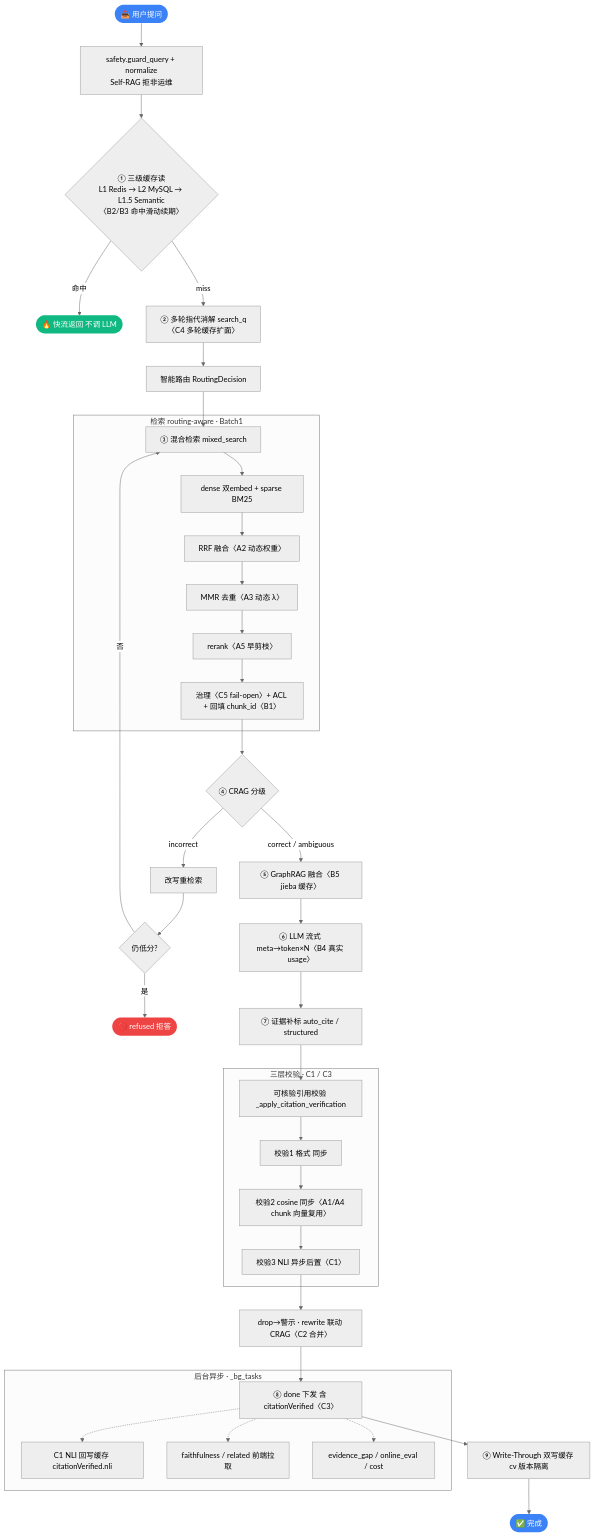
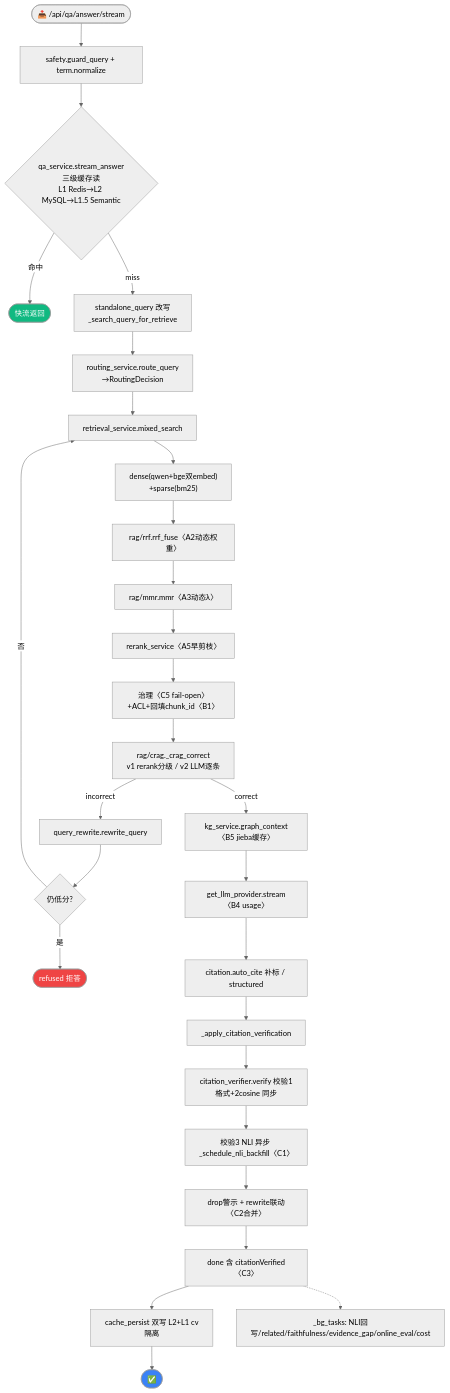
One commit to zhyese/grid-qa changed the second of 2 diagrams in docs/系统架构.md. Above: the diagram before and after it, drawn with Mermaid (neutral theme). The commit also changed other lines of this file, not shown here.

First line of the commit message:
docs(arch): 细化到代码级(24表/14routers/17视图/100+开关/全能力模块)

````diff
--- a/docs/系统架构.md
+++ b/docs/系统架构.md
@@ -188,50 +234,33 @@
 ```mermaid
 flowchart TD
-    A([📥 用户提问]):::start --> B["safety.guard_query + normalize<br/>Self-RAG 拒非运维"]
-    B --> C{"① 三级缓存读<br/>L1 Redis → L2 MySQL → L1.5 Semantic<br/>〈B2/B3 命中滑动续期〉"}
-    C -->|命中| Z1(["🔥 快流返回 不调 LLM"]):::hit
-    C -->|miss| D["② 多轮指代消解 search_q<br/>〈C4 多轮缓存扩面〉"]
-    D --> E["智能路由 RoutingDecision"]
-    E --> F["③ 混合检索 mixed_search"]
-
-    subgraph RET ["检索 routing-aware · Batch1"]
-        F --> F1["dense 双embed + sparse BM25"]
-        F1 --> F2["RRF 融合〈A2 动态权重〉"]
-        F2 --> F3["MMR 去重〈A3 动态 λ〉"]
-        F3 --> F4["rerank〈A5 早剪枝〉"]
-        F4 --> F5["治理〈C5 fail-open〉+ ACL + 回填 chunk_id〈B1〉"]
-    end
-
-    F5 --> G{"④ CRAG 分级"}
-    G -->|incorrect| G1["改写重检索"]
+    A([📥 /api/qa/answer/stream]) --> B["safety.guard_query + term.normalize"]
+    B --> C{"qa_service.stream_answer<br/>三级缓存读<br/>L1 Redis→L2 MySQL→L1.5 Semantic"}
+    C -->|命中| Z1(["快流返回"]):::hit
+    C -->|miss| D["standalone_query 改写<br/>_search_query_for_retrieve"]
+    D --> E["routing_service.route_query<br/>→RoutingDecision"]
+    E --> F["retrieval_service.mixed_search"]
+    F --> F1["dense(qwen+bge双embed)<br/>+sparse(bm25)"]
+    F1 --> F2["rag/rrf.rrf_fuse〈A2动态权重〉"]
+    F2 --> F3["rag/mmr.mmr〈A3动态λ〉"]
+    F3 --> F4["rerank_service〈A5早剪枝〉"]
+    F4 --> F5["治理〈C5 fail-open〉+ACL+回填chunk_id〈B1〉"]
+    F5 --> G["rag/crag._crag_correct<br/>v1 rerank分级 / v2 LLM逐条"]
+    G -->|incorrect| G1["query_rewrite.rewrite_query"]
     G1 --> G2{"仍低分?"}
-    G2 -->|是| Z2(["🚫 refused 拒答"]):::refuse
+    G2 -->|是| Z2(["refused 拒答"]):::refuse
     G2 -->|否| F
-    G -->|correct / ambiguous| H["⑤ GraphRAG 融合〈B5 jieba 缓存〉"]
-
-    H --> I["⑥ LLM 流式 meta→token×N〈B4 真实 usage〉"]
-    I --> J["⑦ 证据补标 auto_cite / structured"]
-    J --> K["可核验引用校验 _apply_citation_verification"]
-
-    subgraph CIT ["三层校验 · C1 / C3"]
-        K --> K1["校验1 格式 同步"]
-        K1 --> K2["校验2 cosine 同步〈A1/A4 chunk 向量复用〉"]
-        K2 --> K3["校验3 NLI 异步后置〈C1〉"]
-    end
-
-    K3 --> L["drop→警示 · rewrite 联动 CRAG〈C2 合并〉"]
-    L --> M["⑧ done 下发 含 citationVerified〈C3〉"]
-    M --> N["⑨ Write-Through 双写缓存 cv 版本隔离"]
-
-    subgraph BG ["后台异步 · _bg_tasks"]
-        M -.-> BG1["C1 NLI 回写缓存 citationVerified.nli"]
-        M -.-> BG2["faithfulness / related 前端拉取"]
-        M -.-> BG3["evidence_gap / online_eval / cost"]
-    end
-
-    N --> END([✅ 完成]):::start
-
-    classDef start fill:#3b82f6,color:#fff,stroke:none;
-    classDef hit fill:#10b981,color:#fff,stroke:none;
-    classDef refuse fill:#ef4444,color:#fff,stroke:none;
+    G -->|correct| H["kg_service.graph_context〈B5 jieba缓存〉"]
+    H --> I["get_llm_provider.stream〈B4 usage〉"]
+    I --> J["citation.auto_cite 补标 / structured"]
+    J --> K["_apply_citation_verification"]
+    K --> K1["citation_verifier.verify 校验1格式+2cosine 同步"]
+    K1 --> K2["校验3 NLI 异步 _schedule_nli_backfill〈C1〉"]
+    K2 --> L["drop警示 + rewrite联动〈C2合并〉"]
+    L --> M["done 含 citationVerified〈C3〉"]
+    M --> N["cache_persist 双写 L2+L1 cv隔离"]
+    M -.-> BG["_bg_tasks: NLI回写/related/faithfulness/evidence_gap/online_eval/cost"]
+    N --> END([✅]):::start
+classDef start fill:#3b82f6,color:#fff;
+classDef hit fill:#10b981,color:#fff;
+classDef refuse fill:#ef4444,color:#fff;
 ```
````
